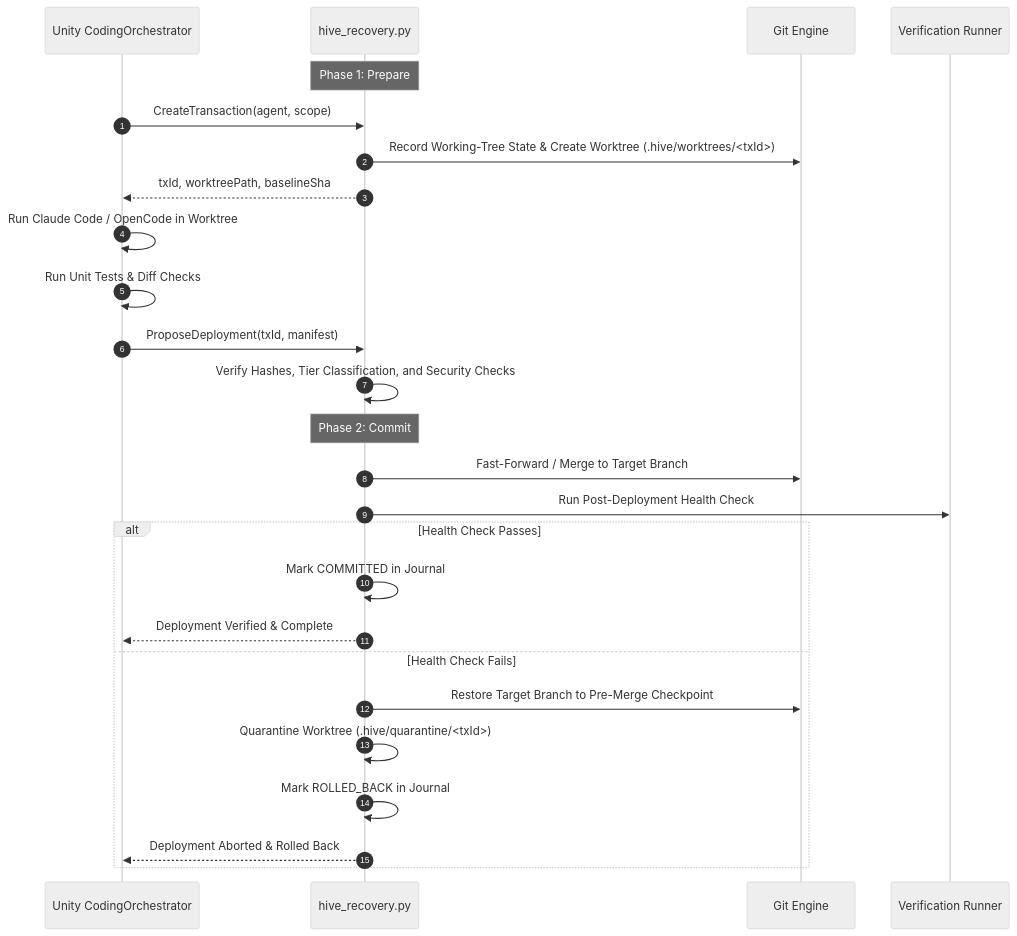
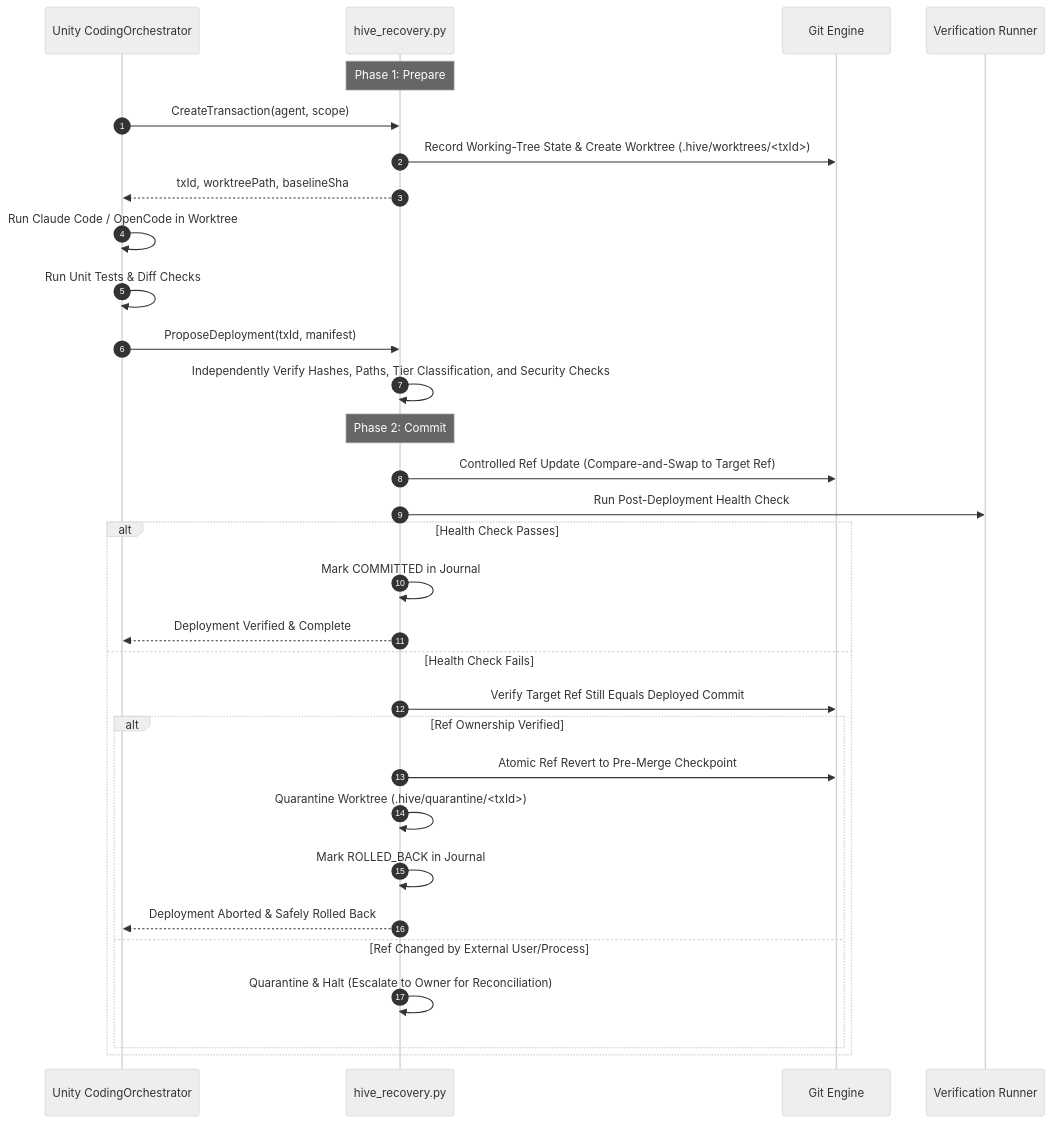
Before and after one commit to Snapwave333/HIVE: the third of 3 diagrams in docs/superpowers/specs/2026-10-31-claude-opencode-coding-orchestrator-design.md, drawn with Mermaid (neutral theme). The commit also changed other lines of this file, not shown here.

````diff
--- a/docs/superpowers/specs/2026-10-31-claude-opencode-coding-orchestrator-design.md
+++ b/docs/superpowers/specs/2026-10-31-claude-opencode-coding-orchestrator-design.md
@@ -131,30 +134,35 @@
 ```mermaid
 sequenceDiagram
     autonumber
     participant Engine as Unity CodingOrchestrator
     participant Supervisor as hive_recovery.py
     participant Git as Git Engine
     participant App as Verification Runner
 
     Note over Supervisor: Phase 1: Prepare
     Engine->>Supervisor: CreateTransaction(agent, scope)
     Supervisor->>Git: Record Working-Tree State & Create Worktree (.hive/worktrees/<txId>)
     Supervisor-->>Engine: txId, worktreePath, baselineSha
     Engine->>Engine: Run Claude Code / OpenCode in Worktree
     Engine->>Engine: Run Unit Tests & Diff Checks
     Engine->>Supervisor: ProposeDeployment(txId, manifest)
-    Supervisor->>Supervisor: Verify Hashes, Tier Classification, and Security Checks
+    Supervisor->>Supervisor: Independently Verify Hashes, Paths, Tier Classification, and Security Checks
 
     Note over Supervisor: Phase 2: Commit
-    Supervisor->>Git: Fast-Forward / Merge to Target Branch
+    Supervisor->>Git: Controlled Ref Update (Compare-and-Swap to Target Ref)
     Supervisor->>App: Run Post-Deployment Health Check
     alt Health Check Passes
         Supervisor->>Supervisor: Mark COMMITTED in Journal
         Supervisor-->>Engine: Deployment Verified & Complete
     else Health Check Fails
-        Supervisor->>Git: Restore Target Branch to Pre-Merge Checkpoint
-        Supervisor->>Supervisor: Quarantine Worktree (.hive/quarantine/<txId>)
-        Supervisor->>Supervisor: Mark ROLLED_BACK in Journal
-        Supervisor-->>Engine: Deployment Aborted & Rolled Back
+        Supervisor->>Git: Verify Target Ref Still Equals Deployed Commit
+        alt Ref Ownership Verified
+            Supervisor->>Git: Atomic Ref Revert to Pre-Merge Checkpoint
+            Supervisor->>Supervisor: Quarantine Worktree (.hive/quarantine/<txId>)
+            Supervisor->>Supervisor: Mark ROLLED_BACK in Journal
+            Supervisor-->>Engine: Deployment Aborted & Safely Rolled Back
+        else Ref Changed by External User/Process
+            Supervisor->>Supervisor: Quarantine & Halt (Escalate to Owner for Reconciliation)
+        end
     end
 ```
````
